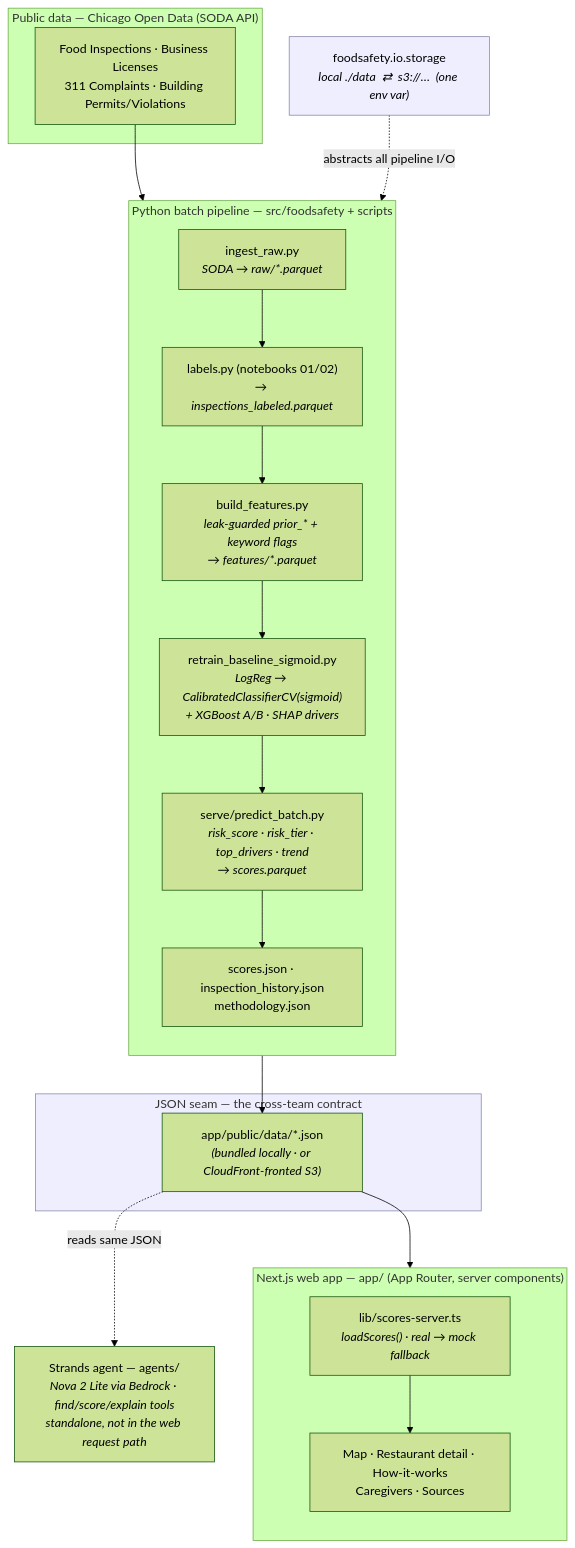
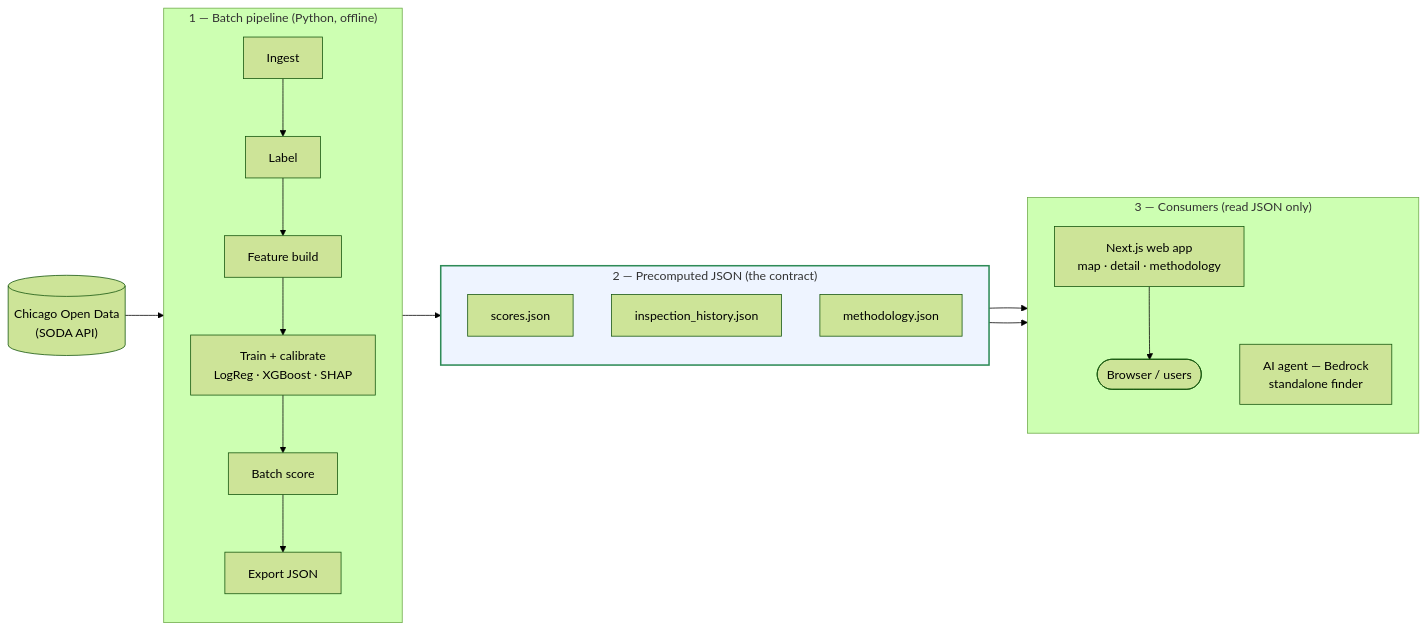
The diagram in README.md (food-safety-intelligence/food-safety-intelligence), drawn with Mermaid (forest theme) before and after one commit. The commit also changed other lines of this file, not shown here.

Commit message:
docs(readme): simplify architecture diagram to one-way three-plane flow
Replace the tangled top-down diagram with a left-to-right flowchart: source
→ batch pipeline → JSON contract → consumers. Highlight the JSON contract as
the seam and state the one-way no-live-inference rule in a caption.

````diff
--- a/README.md
+++ b/README.md
@@ -38,41 +38,29 @@
 ```mermaid
-flowchart TD
-    subgraph sources["Public data — Chicago Open Data (SODA API)"]
-        SODA["Food Inspections · Business Licenses<br/>311 Complaints · Building Permits/Violations"]
+flowchart LR
+    SODA[("Chicago Open Data<br/>(SODA API)")]
+
+    subgraph P1["1 — Batch pipeline (Python, offline)"]
+        direction TB
+        ING["Ingest"] --> LBL["Label"] --> FEAT["Feature build"] --> TRAIN["Train + calibrate<br/>LogReg · XGBoost · SHAP"] --> SCORE["Batch score"] --> EXP["Export JSON"]
     end
 
-    subgraph pipeline["Python batch pipeline — src/foodsafety + scripts"]
+    subgraph P2["2 — Precomputed JSON (the contract)"]
         direction TB
-        ING["ingest_raw.py<br/><i>SODA → raw/*.parquet</i>"]
-        LBL["labels.py (notebooks 01/02)<br/><i>→ inspections_labeled.parquet</i>"]
-        FEAT["build_features.py<br/><i>leak-guarded prior_* + keyword flags<br/>→ features/*.parquet</i>"]
-        TRAIN["retrain_baseline_sigmoid.py<br/><i>LogReg → CalibratedClassifierCV(sigmoid)<br/>+ XGBoost A/B · SHAP drivers</i>"]
-        SCORE["serve/predict_batch.py<br/><i>risk_score · risk_tier · top_drivers · trend<br/>→ scores.parquet</i>"]
-        EXPORT["scores.json · inspection_history.json<br/>methodology.json"]
-        ING --> LBL --> FEAT --> TRAIN --> SCORE --> EXPORT
+        SJ["scores.json"]
+        IH["inspection_history.json"]
+        MJ["methodology.json"]
     end
 
-    subgraph seam["JSON seam — the cross-team contract"]
-        JSON["app/public/data/*.json<br/><i>(bundled locally · or CloudFront-fronted S3)</i>"]
+    subgraph P3["3 — Consumers (read JSON only)"]
+        direction TB
+        APP["Next.js web app<br/>map · detail · methodology"] --> USERS(["Browser / users"])
+        AGENT["AI agent — Bedrock<br/>standalone finder"]
     end
 
-    subgraph app["Next.js web app — app/ (App Router, server components)"]
-        direction TB
-        LOAD["lib/scores-server.ts<br/><i>loadScores() · real → mock fallback</i>"]
-        PAGES["Map · Restaurant detail · How-it-works<br/>Caregivers · Sources"]
-        LOAD --> PAGES
-    end
+    SODA --> ING
+    EXP --> P2
+    P2 --> APP
+    P2 --> AGENT
 
-    AGENT["Strands agent — agents/<br/><i>Nova 2 Lite via Bedrock · find/score/explain tools<br/>standalone, not in the web request path</i>"]
-
-    STORAGE["foodsafety.io.storage<br/><i>local ./data  ⇄  s3://…  (one env var)</i>"]
-
-    SODA --> ING
-    EXPORT --> JSON
-    JSON --> LOAD
-    JSON -.reads same JSON.-> AGENT
-    STORAGE -.abstracts all pipeline I/O.-> pipeline
-
-    classDef store fill:#eef,stroke:#88a
-    class STORAGE,seam store
+    style P2 fill:#eef4ff,stroke:#2e8b57,stroke-width:2px
 ```
````
